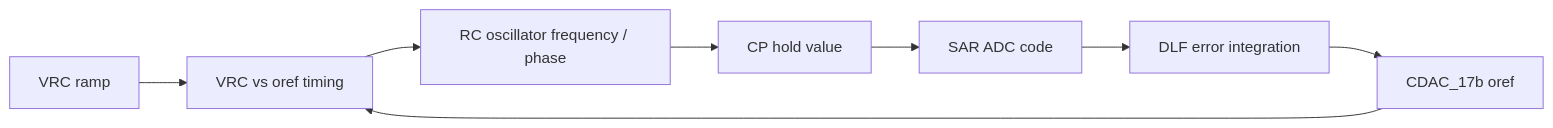
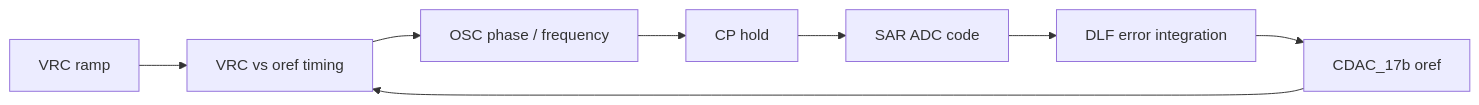
Before and after one commit to qkfka781-wq/RCoscillator: the diagram in README.md, drawn with Mermaid. The commit also changed other lines of this file and 8 other files, not shown here.

````diff
--- a/README.md
+++ b/README.md
@@ -16,10 +15,10 @@
 ```mermaid
 flowchart LR
     V["VRC ramp"] --> C["VRC vs oref timing"]
-    C --> O["RC oscillator frequency / phase"]
-    O --> H["CP hold value"]
+    C --> O["OSC phase / frequency"]
+    O --> H["CP hold"]
     H --> S["SAR ADC code"]
     S --> D["DLF error integration"]
     D --> R["CDAC_17b oref"]
     R --> C
 ```
````
